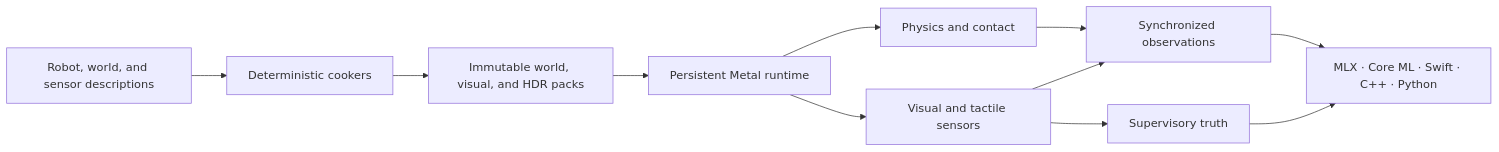
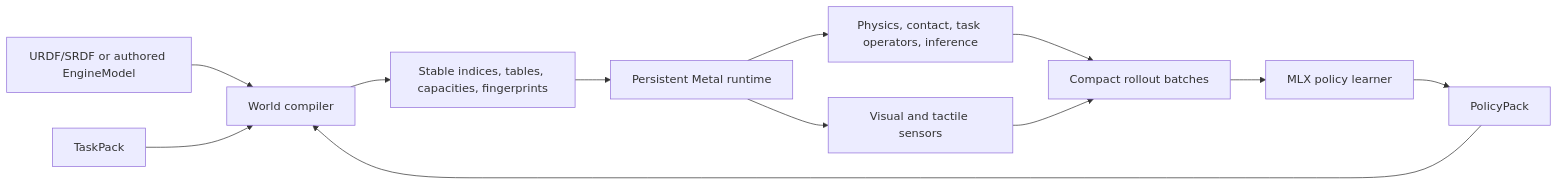
Before and after one commit to Numi2/numi-lab: the diagram in README.md, drawn with Mermaid. The commit also changed other lines of this file and 50 other files, not shown here.

````diff
--- a/README.md
+++ b/README.md
@@ -71,13 +73,14 @@
 ```mermaid
 flowchart LR
-    A["Robot, world, and sensor descriptions"] --> B["Deterministic cookers"]
-    B --> C["Immutable world, visual, and HDR packs"]
-    C --> D["Persistent Metal runtime"]
-    D --> E["Physics and contact"]
-    D --> F["Visual and tactile sensors"]
-    E --> G["Synchronized observations"]
-    F --> G
-    F --> H["Supervisory truth"]
-    G --> I["MLX · Core ML · Swift · C++ · Python"]
+    A["URDF/SRDF or authored EngineModel"] --> B["World compiler"]
+    C["TaskPack"] --> B
+    D["PolicyPack"] --> B
+    B --> E["Stable indices, tables, capacities, fingerprints"]
+    E --> F["Persistent Metal runtime"]
+    F --> G["Physics, contact, task operators, inference"]
+    F --> H["Visual and tactile sensors"]
+    G --> I["Compact rollout batches"]
     H --> I
+    I --> J["MLX policy learner"]
+    J --> D
 ```
````
